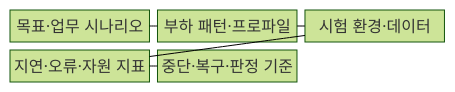
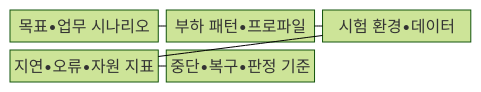
One commit to agnusdei1207/knowledge-base changed the first of 2 diagrams in src/content/docs/notes/06-evaluation/006_performance_testing_types.md. Above: the diagram before and after it, drawn with Mermaid (forest theme). The commit also changed other lines of this file and 953 other files, not shown here.

````diff
--- a/src/content/docs/notes/06-evaluation/006_performance_testing_types.md
+++ b/src/content/docs/notes/06-evaluation/006_performance_testing_types.md
@@ -66,13 +66,13 @@
 ```mermaid
 block-beta
   columns 3
-  S["목표·업무 시나리오"]
-  P["부하 패턴·프로파일"]
-  E["시험 환경·데이터"]
-  M["지연·오류·자원 지표"]
-  R["중단·복구·판정 기준"]
+  S["목표•업무 시나리오"]
+  P["부하 패턴•프로파일"]
+  E["시험 환경•데이터"]
+  M["지연•오류•자원 지표"]
+  R["중단•복구•판정 기준"]
   S --- P
   P --- E
   E --- M
   M --- R
 ```
````
